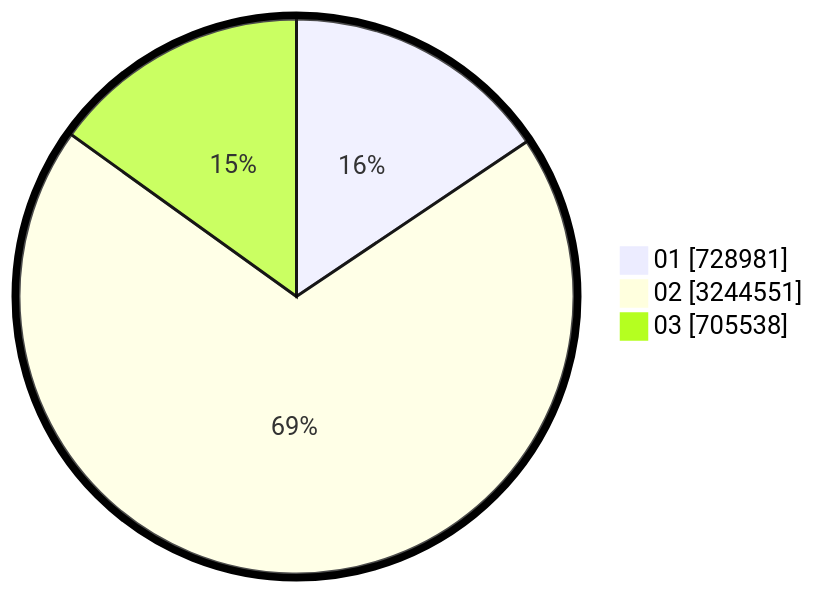
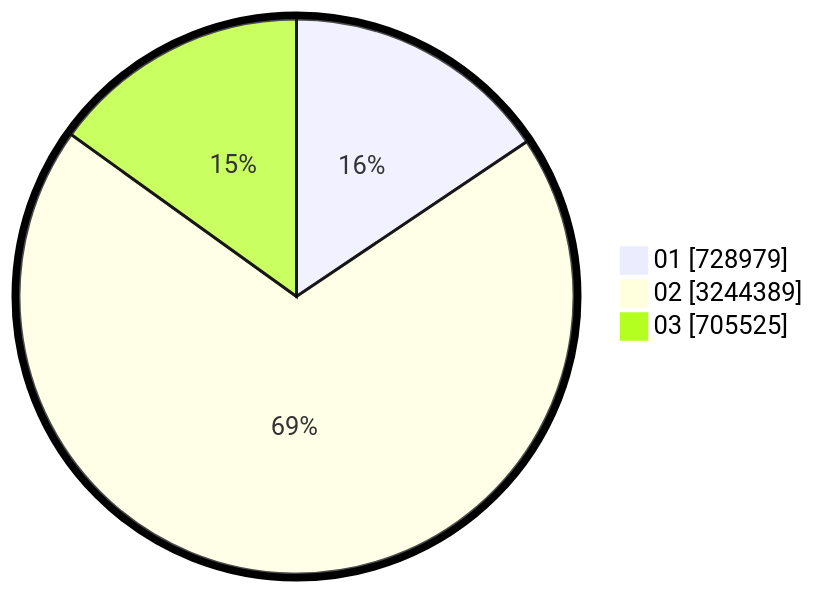
Before and after one commit to gigit-pemilu/pemilu-2024: the second of 2 diagrams in pilpres/hitung-suara/sub/table-wilayah-18.md, drawn with Mermaid. The commit also changed other lines of this file and 8 other files, not shown here.

````diff
--- a/pilpres/hitung-suara/sub/table-wilayah-18.md
+++ b/pilpres/hitung-suara/sub/table-wilayah-18.md
@@ -15,7 +15,7 @@
 ```mermaid
 %%{init: {"pie": {"textPosition": 0.5}, "themeVariables": {"pieOuterStrokeWidth": "5px"}} }%%
 pie showData
-    "01" : 728981
-    "02" : 3244551
-    "03" : 705538
+    "01" : 728979
+    "02" : 3244389
+    "03" : 705525
 ```
````
